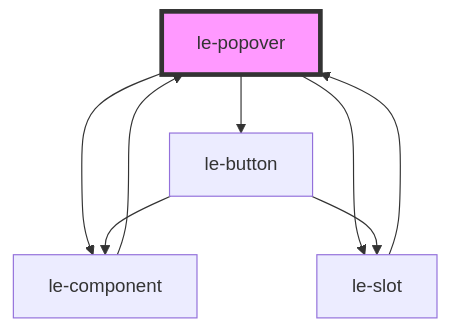
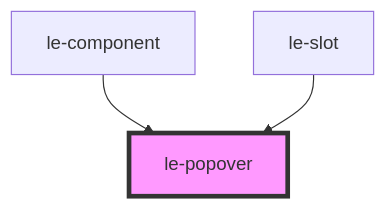
Before and after one commit to leechy/le-kit: the diagram in src/components/le-popover/readme.md, drawn with Mermaid. The commit also changed other lines of this file and 16 other files, not shown here.

````diff
--- a/src/components/le-popover/readme.md
+++ b/src/components/le-popover/readme.md
@@ -97,11 +90,6 @@
 ```mermaid
 graph TD;
-  le-popover --> le-button
-  le-popover --> le-component
-  le-popover --> le-slot
-  le-button --> le-component
-  le-button --> le-slot
   le-component --> le-popover
   le-slot --> le-popover
   style le-popover fill:#f9f,stroke:#333,stroke-width:4px
 ```
````
